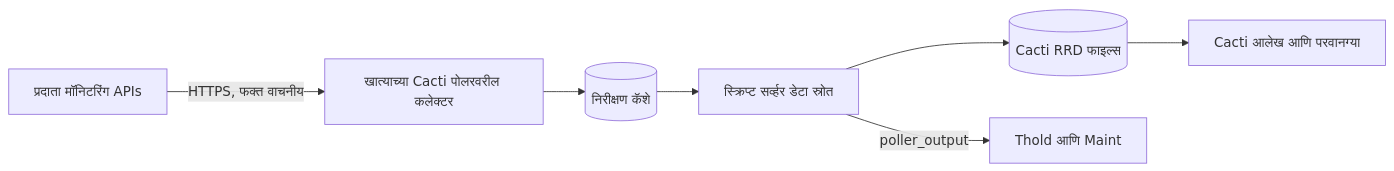
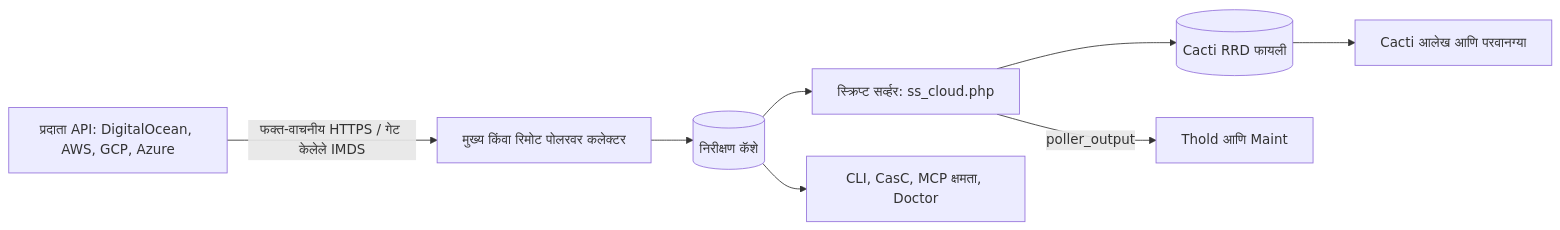
One commit to somethingwithproof/plugin_cloud changed the diagram in docs/i18n/mr-IN/README.md. Above: the diagram before and after it, drawn with Mermaid. The commit also changed other lines of this file and 48 other files, not shown here.

First line of the commit message:
docs(readme): document AWS, GCP, Azure drivers, remote collectors, and ecosystem hooks

````diff
--- a/docs/i18n/mr-IN/README.md
+++ b/docs/i18n/mr-IN/README.md
@@ -102,9 +148,10 @@
 ```mermaid
 flowchart LR
-    API["प्रदाता मॉनिटरिंग APIs"] -->|HTTPS, फक्त वाचनीय| C["खात्याच्या Cacti पोलरवरील कलेक्टर"]
-    C --> O[("निरीक्षण कॅशे")]
-    O --> SS["स्क्रिप्ट सर्व्हर डेटा स्रोत"]
-    SS --> RRD[("Cacti RRD फाइल्स")]
-    SS -->|poller_output| T["Thold आणि Maint"]
-    RRD --> G["Cacti आलेख आणि परवानग्या"]
+    API[प्रदाता API: DigitalOcean, AWS, GCP, Azure] -->|फक्त-वाचनीय HTTPS / गेट केलेले IMDS| C[मुख्य किंवा रिमोट पोलरवर कलेक्टर]
+    C --> O[(निरीक्षण कॅशे)]
+    O --> SS[स्क्रिप्ट सर्व्हर: ss_cloud.php]
+    SS --> RRD[(Cacti RRD फायली)]
+    SS -->|poller_output| T[Thold आणि Maint]
+    RRD --> G[Cacti आलेख आणि परवानग्या]
+    O --> ECO[CLI, CasC, MCP क्षमता, Doctor]
 ```
````
